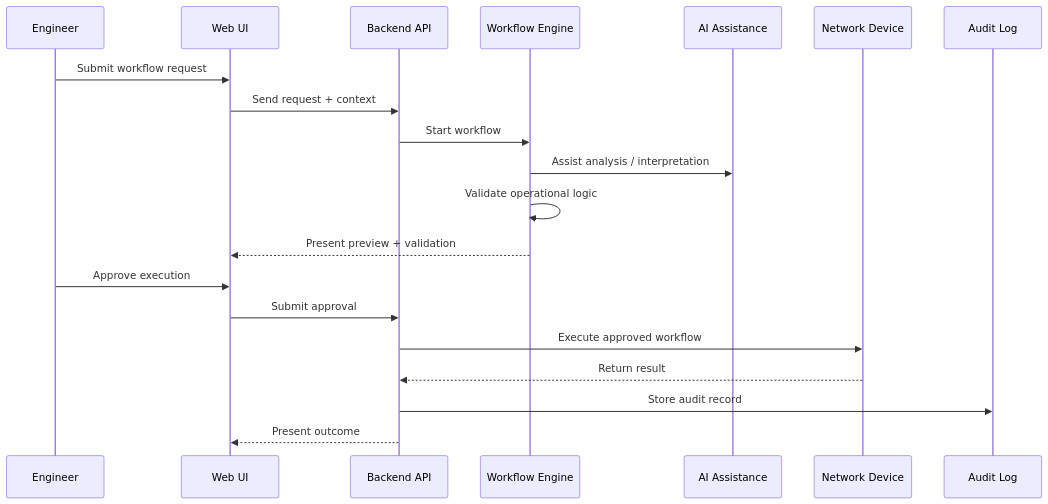
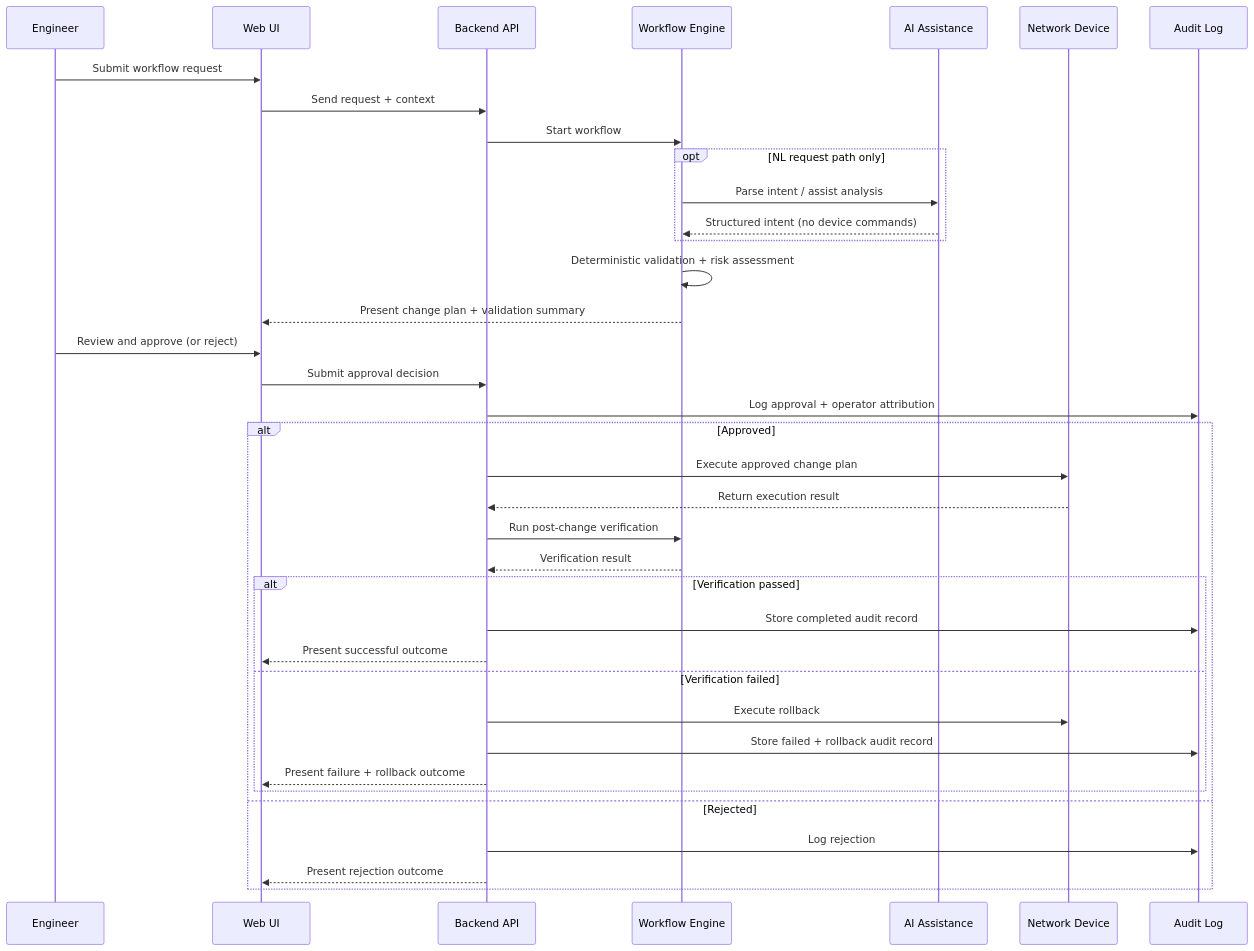
The diagram in architecture/operational-workflow.md (dazgour/synapse-optical-docs), drawn with Mermaid before and after one commit. The commit also changed other lines of this file, not shown here.

````diff
--- a/architecture/operational-workflow.md
+++ b/architecture/operational-workflow.md
@@ -21,23 +120,44 @@
 ```mermaid
 sequenceDiagram
     participant U as Engineer
     participant UI as Web UI
     participant API as Backend API
     participant WF as Workflow Engine
     participant AI as AI Assistance
     participant DEV as Network Device
     participant AUD as Audit Log
 
     U->>UI: Submit workflow request
     UI->>API: Send request + context
     API->>WF: Start workflow
-    WF->>AI: Assist analysis / interpretation
-    WF->>WF: Validate operational logic
-    WF-->>UI: Present preview + validation
-    U->>UI: Approve execution
-    UI->>API: Submit approval
-    API->>DEV: Execute approved workflow
-    DEV-->>API: Return result
-    API->>AUD: Store audit record
-    API-->>UI: Present outcome
+
+    opt NL request path only
+        WF->>AI: Parse intent / assist analysis
+        AI-->>WF: Structured intent (no device commands)
+    end
+
+    WF->>WF: Deterministic validation + risk assessment
+    WF-->>UI: Present change plan + validation summary
+    U->>UI: Review and approve (or reject)
+    UI->>API: Submit approval decision
+    API->>AUD: Log approval + operator attribution
+
+    alt Approved
+        API->>DEV: Execute approved change plan
+        DEV-->>API: Return execution result
+        API->>WF: Run post-change verification
+        WF-->>API: Verification result
+
+        alt Verification passed
+            API->>AUD: Store completed audit record
+            API-->>UI: Present successful outcome
+        else Verification failed
+            API->>DEV: Execute rollback
+            API->>AUD: Store failed + rollback audit record
+            API-->>UI: Present failure + rollback outcome
+        end
+    else Rejected
+        API->>AUD: Log rejection
+        API-->>UI: Present rejection outcome
+    end
 ```
````
